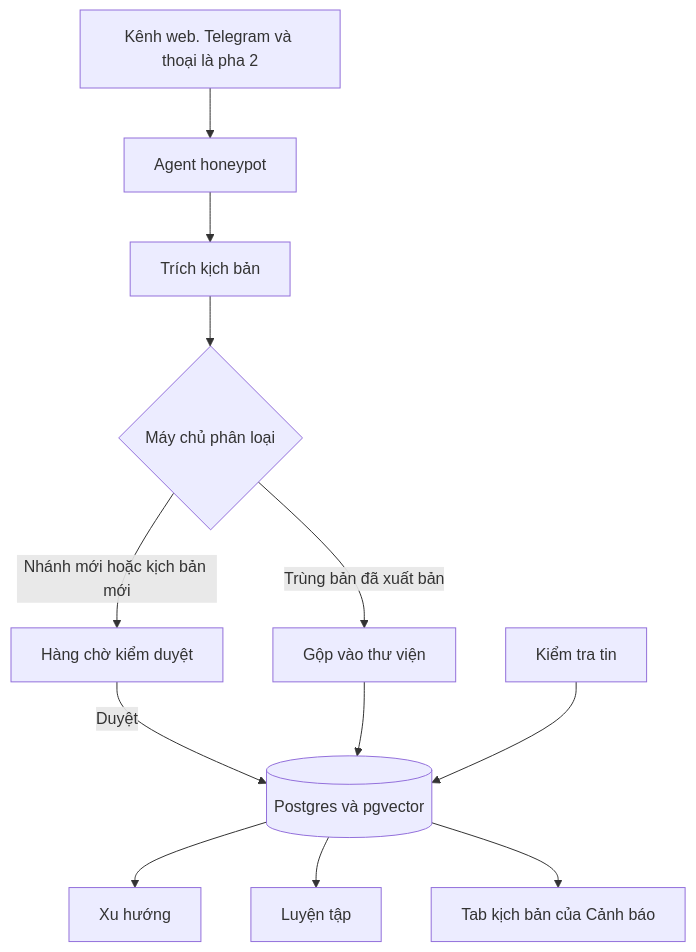
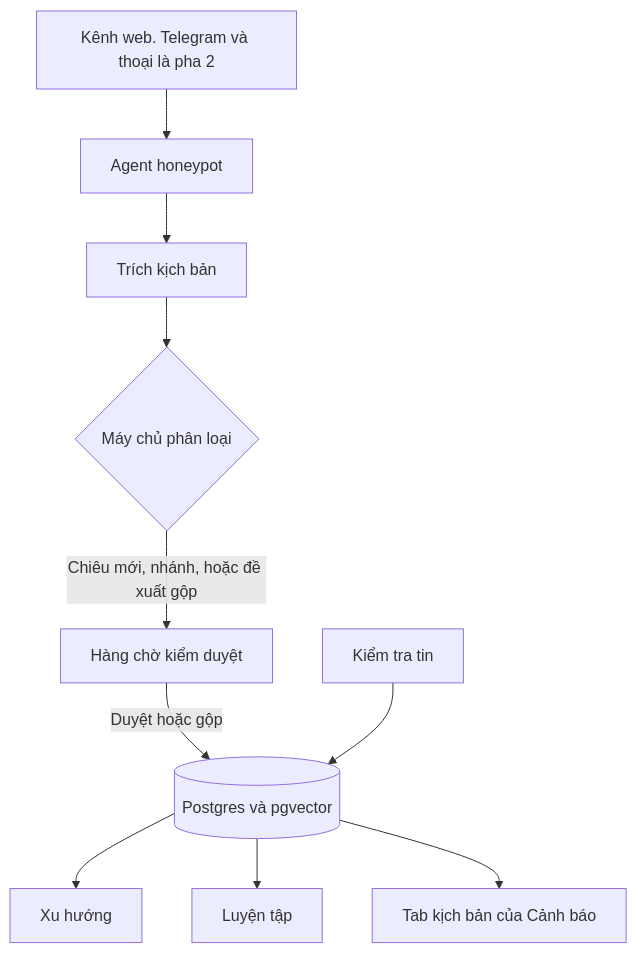
One commit to conanWinner/Honeypot changed the first of 3 diagrams in README.md. Above: the diagram before and after it, drawn with Mermaid. The commit also changed other lines of this file and 62 other files, not shown here.

First line of the commit message:
Agent xử lý chiêu mới, moi thêm nơi nhận tiền và nhắn giống người (#4)

````diff
--- a/README.md
+++ b/README.md
@@ -48,14 +51,12 @@
 ```mermaid
 flowchart TD
   kenhs["Kênh web. Telegram và thoại là pha 2"] --> agent["Agent honeypot"]
   agent --> trich["Trích kịch bản"]
   trich --> phanloai{"Máy chủ phân loại"}
-  phanloai -->|"Trùng bản đã xuất bản"| gop["Gộp vào thư viện"]
-  phanloai -->|"Nhánh mới hoặc kịch bản mới"| hangcho["Hàng chờ kiểm duyệt"]
-  hangcho -->|"Duyệt"| thuvien[("Postgres và pgvector")]
-  gop --> thuvien
+  phanloai -->|"Chiêu mới, nhánh, hoặc đề xuất gộp"| hangcho["Hàng chờ kiểm duyệt"]
+  hangcho -->|"Duyệt hoặc gộp"| thuvien[("Postgres và pgvector")]
   thuvien --> xuhuong["Xu hướng"]
   thuvien --> luyentap["Luyện tập"]
   thuvien --> kichban["Tab kịch bản của Cảnh báo"]
   kiemtra["Kiểm tra tin"] --> thuvien
 ```
````
